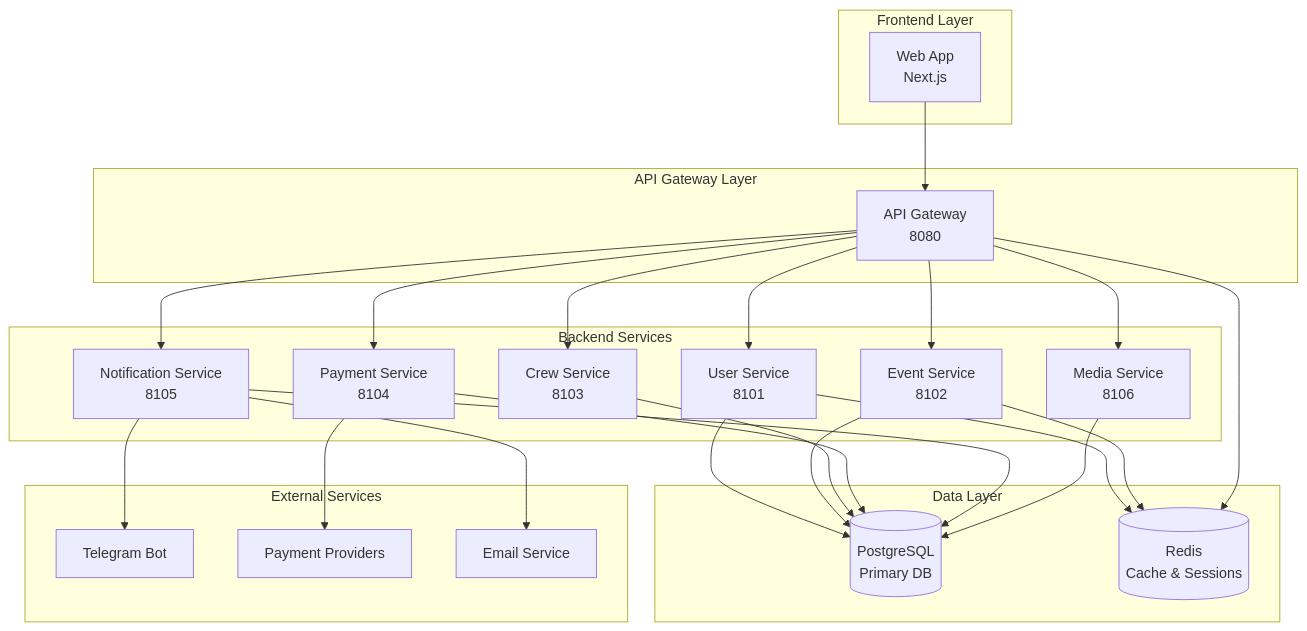
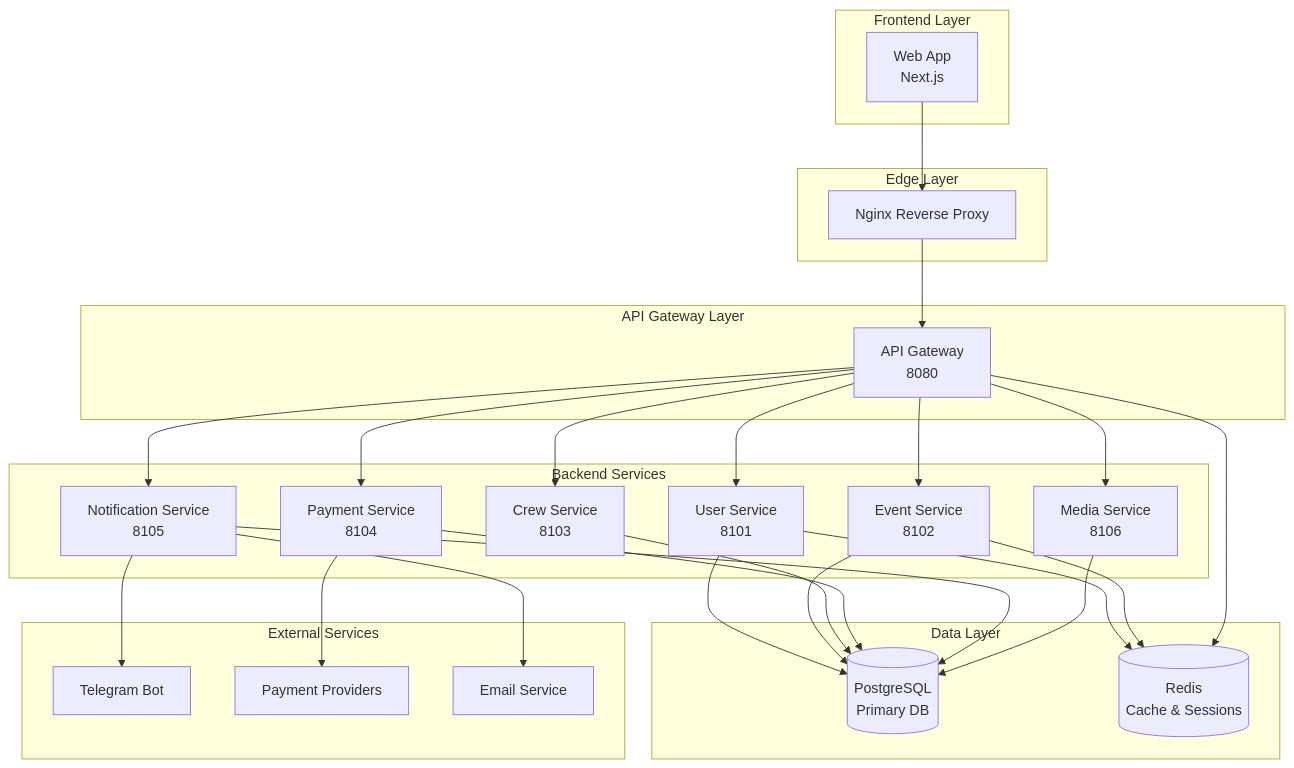
One commit to egorov-ma/aquastream changed the diagram in docs/architecture.md. Above: the diagram before and after it, drawn with Mermaid. The commit also changed other lines of this file and 11 other files, not shown here.

````diff
--- a/docs/architecture.md
+++ b/docs/architecture.md
@@ -28,53 +28,58 @@
 ```mermaid
 graph TB
     subgraph "Frontend Layer"
         WEB[Web App<br/>Next.js]
+    end
+
+    subgraph "Edge Layer"
+        NGINX[Nginx Reverse Proxy]
     end
 
     subgraph "API Gateway Layer"
         GW[API Gateway<br/>8080]
     end
 
     subgraph "Backend Services"
         USER[User Service<br/>8101]
         EVENT[Event Service<br/>8102]
         CREW[Crew Service<br/>8103]
         PAYMENT[Payment Service<br/>8104]
         NOTIFY[Notification Service<br/>8105]
         MEDIA[Media Service<br/>8106]
     end
 
     subgraph "Data Layer"
         PG[(PostgreSQL<br/>Primary DB)]
         REDIS[(Redis<br/>Cache & Sessions)]
     end
 
     subgraph "External Services"
         TELEGRAM[Telegram Bot]
         PAY_PROVIDERS[Payment Providers]
         EMAIL[Email Service]
     end
 
-    WEB --> GW
+    WEB --> NGINX
+    NGINX --> GW
     GW --> USER
     GW --> EVENT
     GW --> CREW
     GW --> PAYMENT
     GW --> NOTIFY
     GW --> MEDIA
 
     USER --> PG
     EVENT --> PG
     CREW --> PG
     PAYMENT --> PG
     NOTIFY --> PG
     MEDIA --> PG
 
     USER --> REDIS
     EVENT --> REDIS
     GW --> REDIS
 
     NOTIFY --> TELEGRAM
     NOTIFY --> EMAIL
     PAYMENT --> PAY_PROVIDERS
 ```
````
